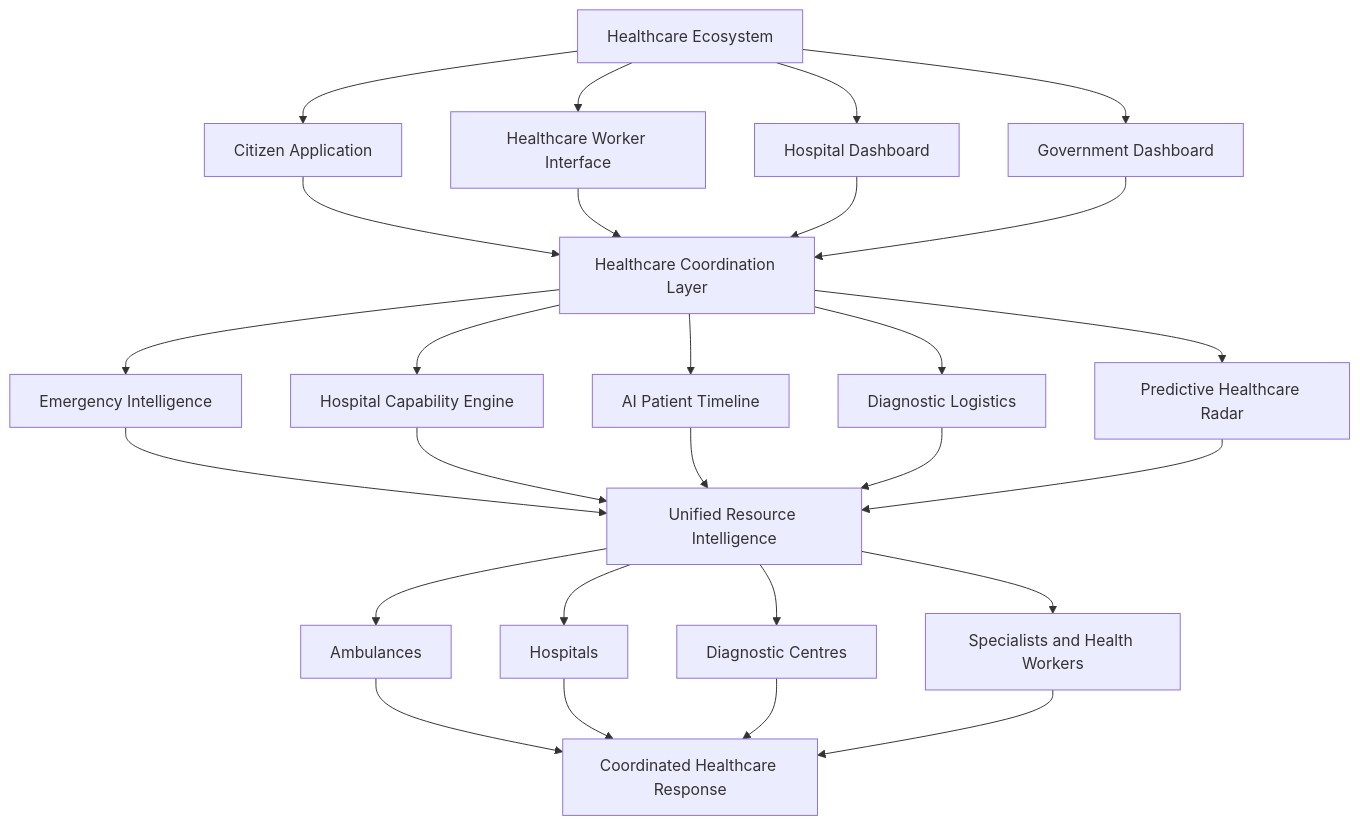
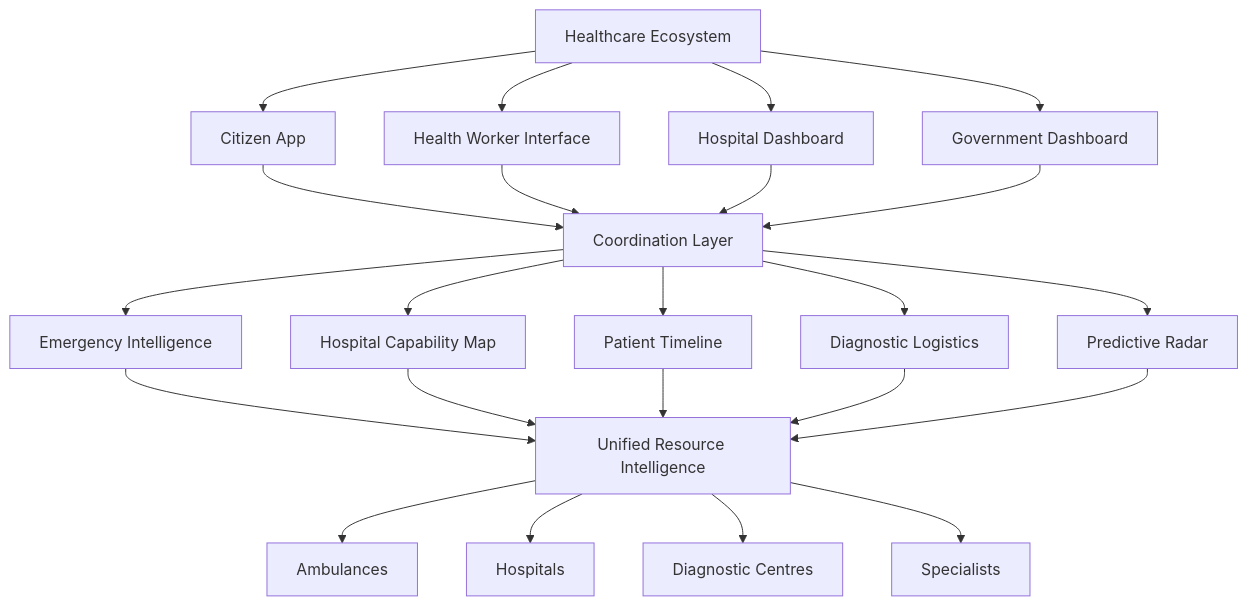
The second of 2 diagrams in README.md (utkarshtiwarri/JEEVAN-NET), drawn with Mermaid before and after one commit. The commit also changed other lines of this file and 1 other file, not shown here.

````diff
--- a/README.md
+++ b/README.md
@@ -134,36 +145,31 @@
 ```mermaid
 flowchart TB
     A[Healthcare Ecosystem]
 
-    A --> B[Citizen Application]
-    A --> C[Healthcare Worker Interface]
+    A --> B[Citizen App]
+    A --> C[Health Worker Interface]
     A --> D[Hospital Dashboard]
     A --> E[Government Dashboard]
 
-    B --> F[Healthcare Coordination Layer]
+    B --> F[Coordination Layer]
     C --> F
     D --> F
     E --> F
 
     F --> G[Emergency Intelligence]
-    F --> H[Hospital Capability Engine]
-    F --> I[AI Patient Timeline]
+    F --> H[Hospital Capability Map]
+    F --> I[Patient Timeline]
     F --> J[Diagnostic Logistics]
-    F --> K[Predictive Healthcare Radar]
+    F --> K[Predictive Radar]
 
     G --> L[Unified Resource Intelligence]
     H --> L
     I --> L
     J --> L
     K --> L
 
     L --> M[Ambulances]
     L --> N[Hospitals]
     L --> O[Diagnostic Centres]
-    L --> P[Specialists and Health Workers]
-
-    M --> Q[Coordinated Healthcare Response]
-    N --> Q
-    O --> Q
-    P --> Q
+    L --> P[Specialists]
 ```
````
